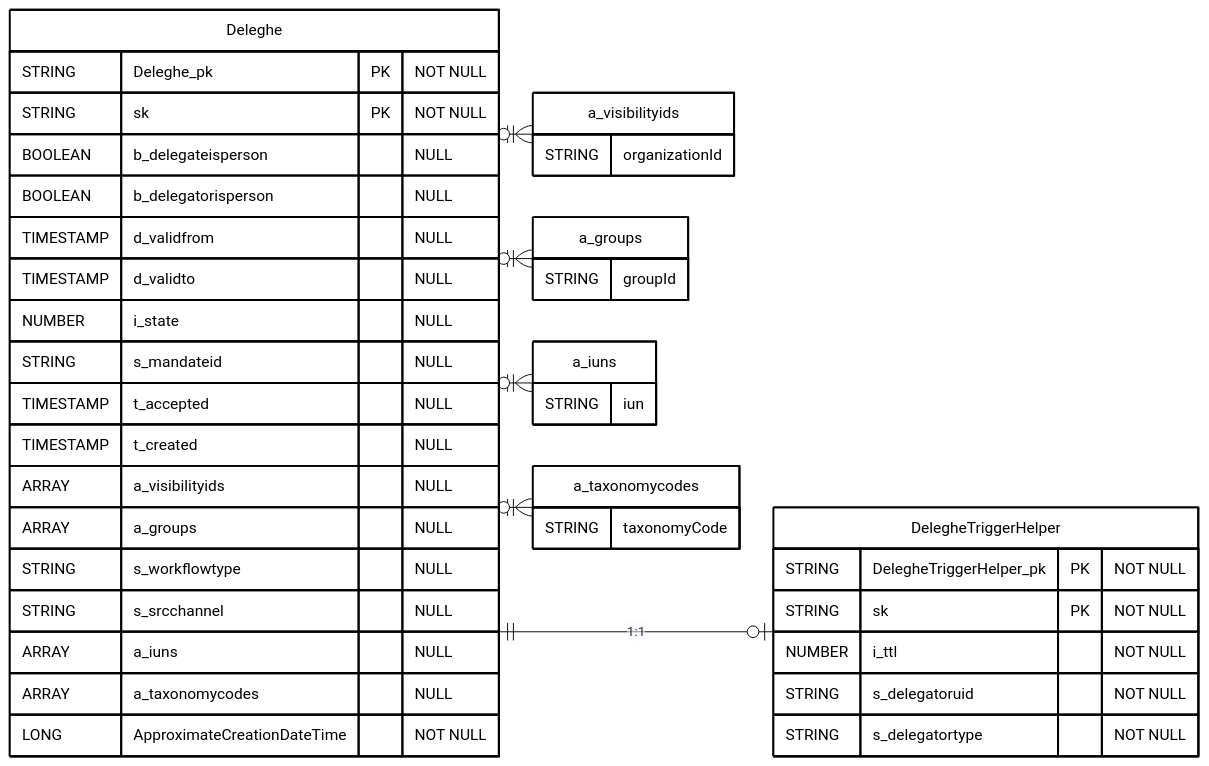
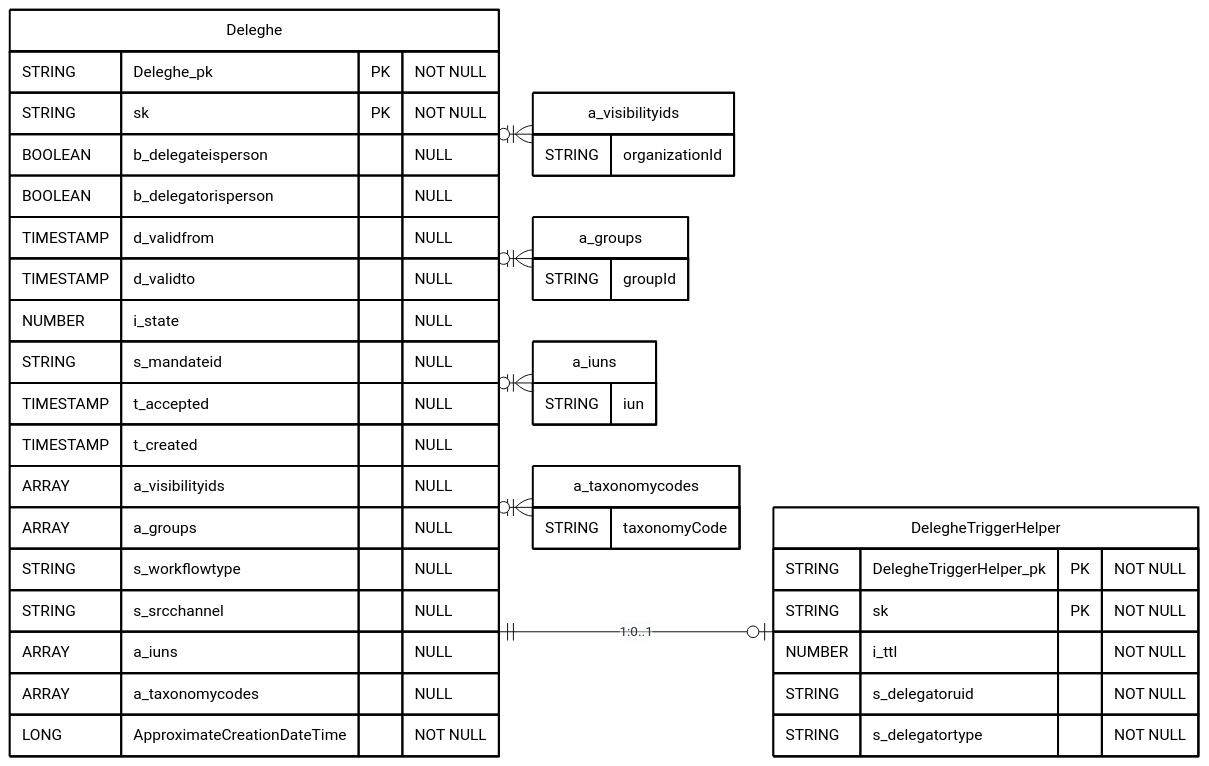
The diagram in send_diagrams/data-models/deleghe_v_0_0_2/deleghe_v_0_0_2.mmd (pagopa/pn-metrics), drawn with Mermaid before and after one commit. The commit also changed 1 other file, not shown here.

Commit message:
fix: update deleghe v.0.0.2 model

```diff
--- a/send_diagrams/data-models/deleghe_v_0_0_2/deleghe_v_0_0_2.mmd
+++ b/send_diagrams/data-models/deleghe_v_0_0_2/deleghe_v_0_0_2.mmd
@@ -1,69 +1,69 @@
 ---
 config:
   layout: elk
   theme: base
 ---
 erDiagram
 
     %% diagram version: 1.0.0
 
     %% sources:
-    %% - dc-pn-Deleghe.yaml
-    %%   id: urn:send:recapiti-deleghe:Deleghe
+    %% - dc-pn-mandate.yaml
+    %%   id: urn:send:recapiti-deleghe:mandate
     %%   version: 0.0.2
 
     direction LR
 
     Deleghe {
         STRING Deleghe_pk PK "NOT NULL"
         STRING sk PK "NOT NULL"
         BOOLEAN b_delegateisperson "NULL"
         BOOLEAN b_delegatorisperson "NULL"
         TIMESTAMP d_validfrom "NULL"
         TIMESTAMP d_validto "NULL"
         NUMBER i_state "NULL"
         STRING s_mandateid "NULL"
         TIMESTAMP t_accepted "NULL"
         TIMESTAMP t_created "NULL"
         ARRAY a_visibilityids "NULL"
         ARRAY a_groups "NULL"
         STRING s_workflowtype "NULL"
         STRING s_srcchannel "NULL"
         ARRAY a_iuns "NULL"
         ARRAY a_taxonomycodes "NULL"
         LONG ApproximateCreationDateTime "NOT NULL"
         }
     a_visibilityids {
         STRING organizationId
     }
     a_groups {
         STRING groupId
     }
     a_iuns {
         STRING iun
     }
     a_taxonomycodes {
         STRING taxonomyCode
     }
     DelegheTriggerHelper {
         STRING DelegheTriggerHelper_pk PK "NOT NULL"
         STRING sk PK "NOT NULL"
         NUMBER i_ttl "NOT NULL"
         STRING s_delegatoruid "NOT NULL"
         STRING s_delegatortype "NOT NULL"
     }
 
     %% RELAZIONI
     Deleghe ||--o{ a_visibilityids : ""
     Deleghe ||--o{ a_groups : ""
     Deleghe ||--o{ a_iuns : ""
     Deleghe ||--o{ a_taxonomycodes : ""
-    Deleghe ||--o| DelegheTriggerHelper : "1:1"
+    Deleghe ||--o| DelegheTriggerHelper : "1:0..1"
 
     %% STILE
     style Deleghe fill:#FFFFFF,stroke:#000000,stroke-width:2px,color:#000000
     style a_visibilityids fill:#FFFFFF,stroke:#000000,stroke-width:2px,color:#000000
     style a_groups fill:#FFFFFF,stroke:#000000,stroke-width:2px,color:#000000
     style a_iuns fill:#FFFFFF,stroke:#000000,stroke-width:2px,color:#000000
     style a_taxonomycodes fill:#FFFFFF,stroke:#000000,stroke-width:2px,color:#000000
     style DelegheTriggerHelper fill:#FFFFFF,stroke:#000000,stroke-width:2px,color:#000000
```
